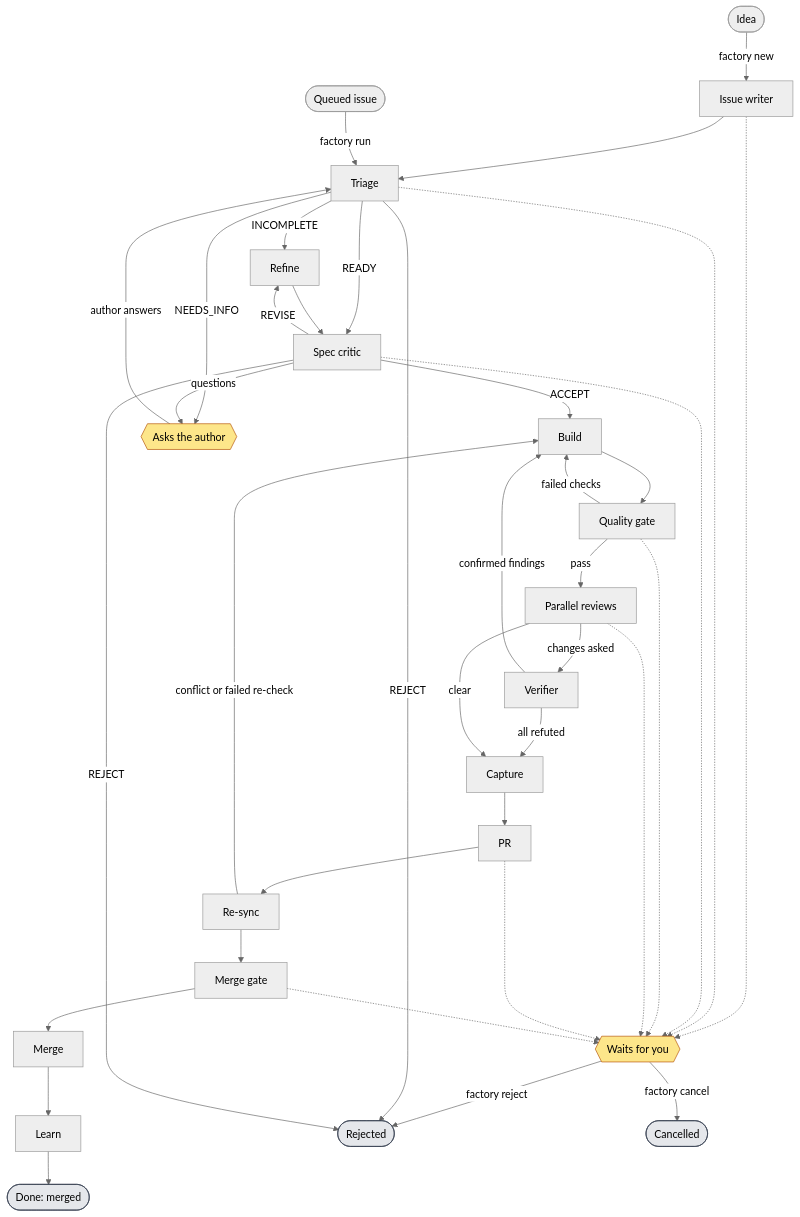
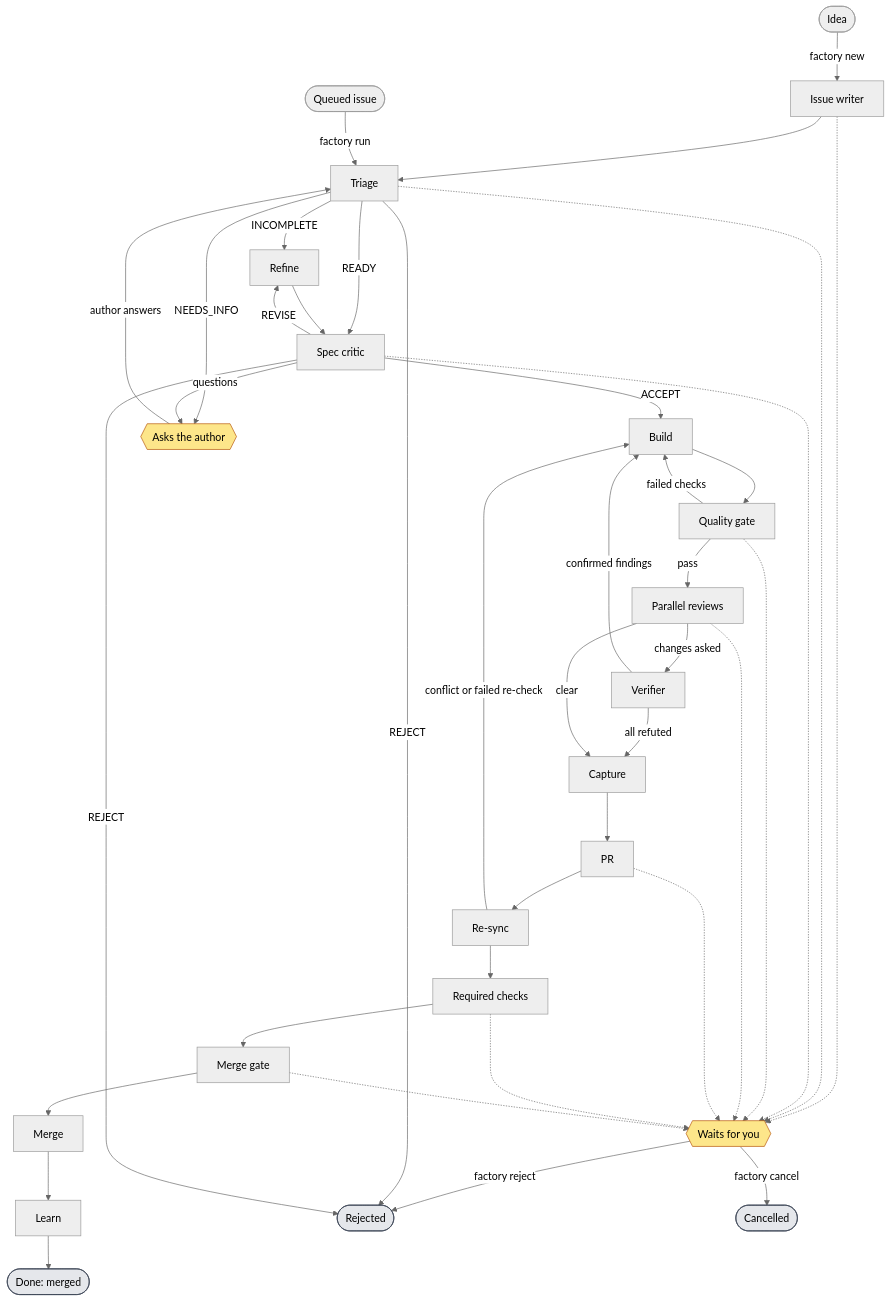
The diagram in README.md (tomek-i/software-factory), drawn with Mermaid (neutral theme) before and after one commit. The commit also changed other lines of this file and 31 other files, not shown here.

````diff
--- a/README.md
+++ b/README.md
@@ -46,40 +46,41 @@
 ```mermaid
 flowchart TD
     idea(["Idea"]) -->|"factory new"| writer["Issue writer"]
     writer --> triage["Triage"]
     queued(["Queued issue"]) -->|"factory run"| triage
     triage -->|"INCOMPLETE"| refine["Refine"]
     triage -->|"READY"| critic["Spec critic"]
     refine --> critic
     critic -->|"REVISE"| refine
     critic -->|"ACCEPT"| build["Build"]
     build --> gate["Quality gate"]
     gate -->|"failed checks"| build
     gate -->|"pass"| reviews["Parallel reviews"]
     reviews -->|"changes asked"| verifier["Verifier"]
     verifier -->|"confirmed findings"| build
     verifier -->|"all refuted"| capture["Capture"]
     reviews -->|"clear"| capture
     capture --> pr["PR"]
     pr --> resync["Re-sync"]
     resync -->|"conflict or failed re-check"| build
-    resync --> mergegate["Merge gate"]
+    resync --> checks["Required checks"]
+    checks --> mergegate["Merge gate"]
     mergegate --> merge["Merge"]
     merge --> learn["Learn"]
     learn --> done(["Done: merged"])
 
     triage -->|"NEEDS_INFO"| ask{{"Asks the author"}}
     critic -->|"questions"| ask
     ask -->|"author answers"| triage
 
-    writer & triage & critic & gate & reviews & pr & mergegate -.-> you{{"Waits for you"}}
+    writer & triage & critic & gate & reviews & pr & checks & mergegate -.-> you{{"Waits for you"}}
     you -->|"factory reject"| rejected(["Rejected"])
     you -->|"factory cancel"| cancelled(["Cancelled"])
     triage -->|"REJECT"| rejected
     critic -->|"REJECT"| rejected
 
     classDef human fill:#fde68a,stroke:#b45309,color:#000
     classDef final fill:#e5e7eb,stroke:#374151,color:#000
     class ask,you human
     class done,rejected,cancelled final
 ```
````
